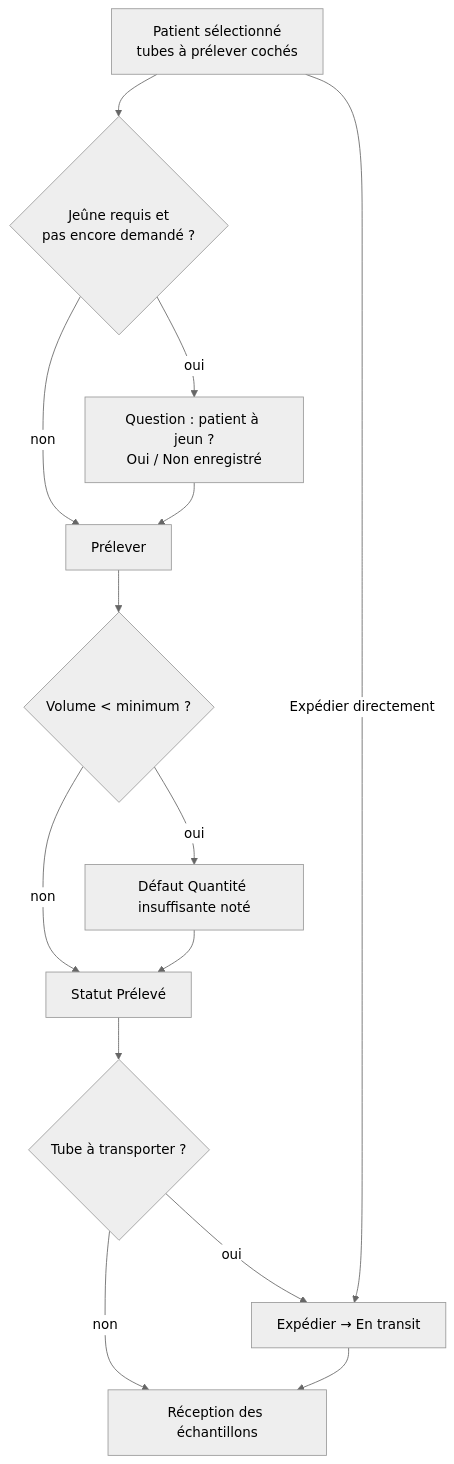
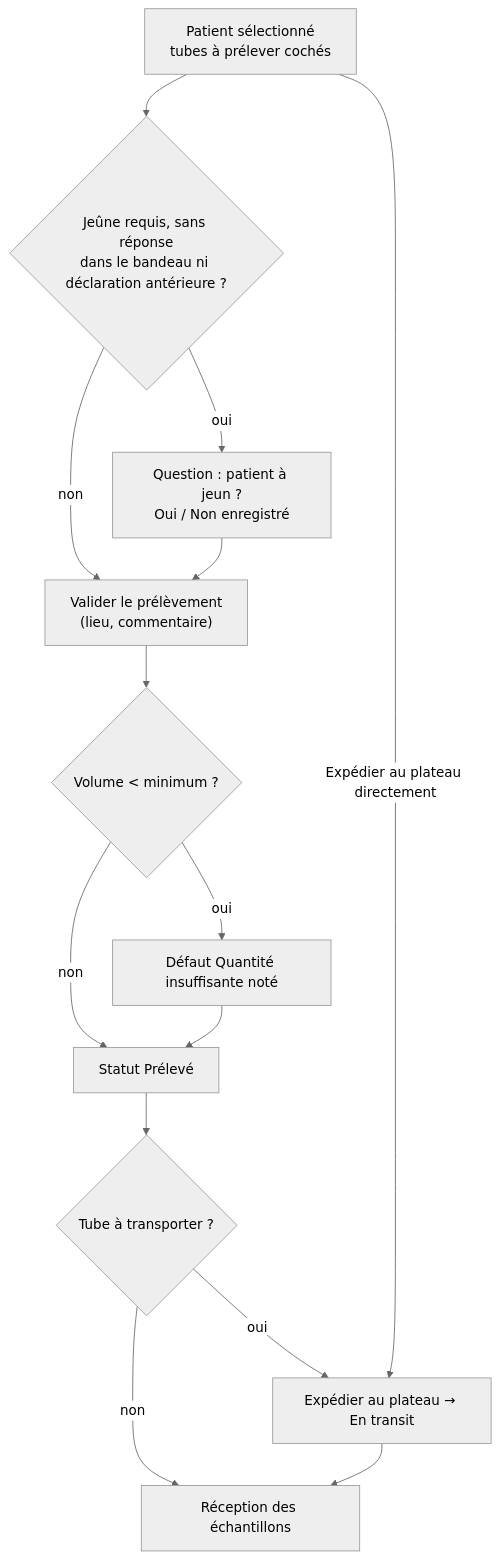
Before and after one commit to J4dJad/MarocLis: the second of 7 diagrams in docs/manuel/02-pre-analytique.md, drawn with Mermaid (neutral theme). The commit also changed other lines of this file and 3 other files, not shown here.

````diff
--- a/docs/manuel/02-pre-analytique.md
+++ b/docs/manuel/02-pre-analytique.md
@@ -115,16 +153,16 @@
 ```mermaid
 flowchart TD
-    A["Patient sélectionné<br/>tubes à prélever cochés"] --> B{"Jeûne requis et<br/>pas encore demandé ?"}
+    A["Patient sélectionné<br/>tubes à prélever cochés"] --> B{"Jeûne requis, sans réponse<br/>dans le bandeau ni déclaration antérieure ?"}
     B -->|"oui"| C["Question : patient à jeun ?<br/>Oui / Non enregistré"]
     B -->|"non"| D
-    C --> D["Prélever"]
+    C --> D["Valider le prélèvement<br/>(lieu, commentaire)"]
     D --> E{"Volume < minimum ?"}
     E -->|"oui"| F["Défaut Quantité insuffisante noté"]
     E -->|"non"| G["Statut Prélevé"]
     F --> G
     G --> H{"Tube à transporter ?"}
-    H -->|"oui"| I["Expédier → En transit"]
+    H -->|"oui"| I["Expédier au plateau → En transit"]
     H -->|"non"| J["Réception des échantillons"]
     I --> J
-    A -->|"Expédier directement"| I
+    A -->|"Expédier au plateau directement"| I
 ```
````
